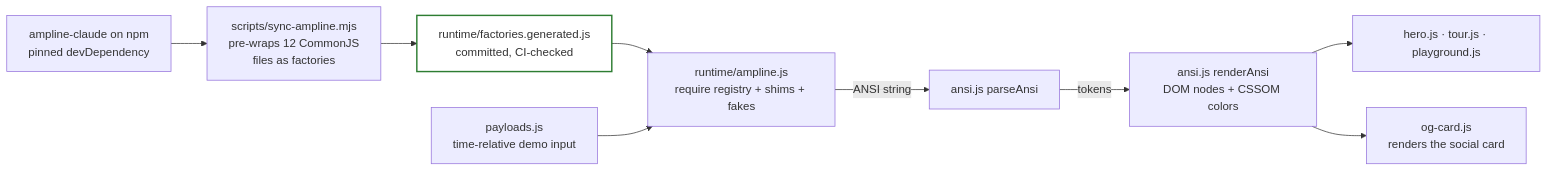
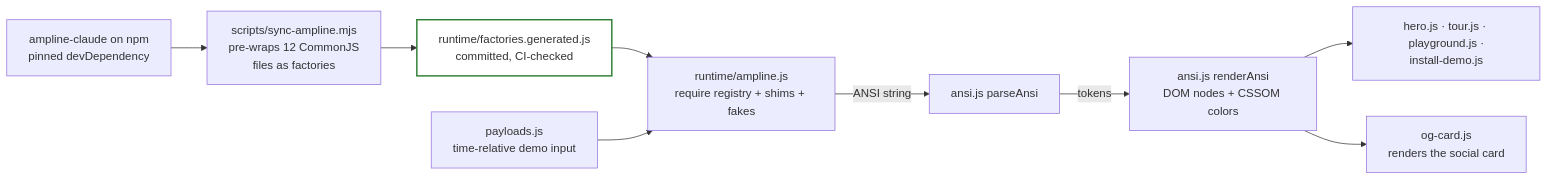
The first of 2 diagrams in diagrams/render-pipeline.md (carterptull/ampline-website), drawn with Mermaid before and after one commit. The commit also changed other lines of this file and 10 other files, not shown here.

Commit message:
fix: final review follow-ups for the playground and install demo

````diff
--- a/diagrams/render-pipeline.md
+++ b/diagrams/render-pipeline.md
@@ -12,13 +12,13 @@
 ```mermaid
 flowchart LR
     npm["ampline-claude on npm<br/>pinned devDependency"] --> sync["scripts/sync-ampline.mjs<br/>pre-wraps 12 CommonJS<br/>files as factories"]
     sync --> gen["runtime/factories.generated.js<br/>committed, CI-checked"]
     gen --> rt["runtime/ampline.js<br/>require registry + shims + fakes"]
     pay["payloads.js<br/>time-relative demo input"] --> rt
     rt -->|"ANSI string"| parse["ansi.js parseAnsi"]
     parse -->|"tokens"| dom["ansi.js renderAnsi<br/>DOM nodes + CSSOM colors"]
-    dom --> page["hero.js · tour.js · playground.js"]
+    dom --> page["hero.js · tour.js · playground.js ·<br/>install-demo.js"]
     dom --> card["og-card.js<br/>renders the social card"]
 
     style gen fill:transparent,stroke:#2E7D32,stroke-width:2px
 ```
````
